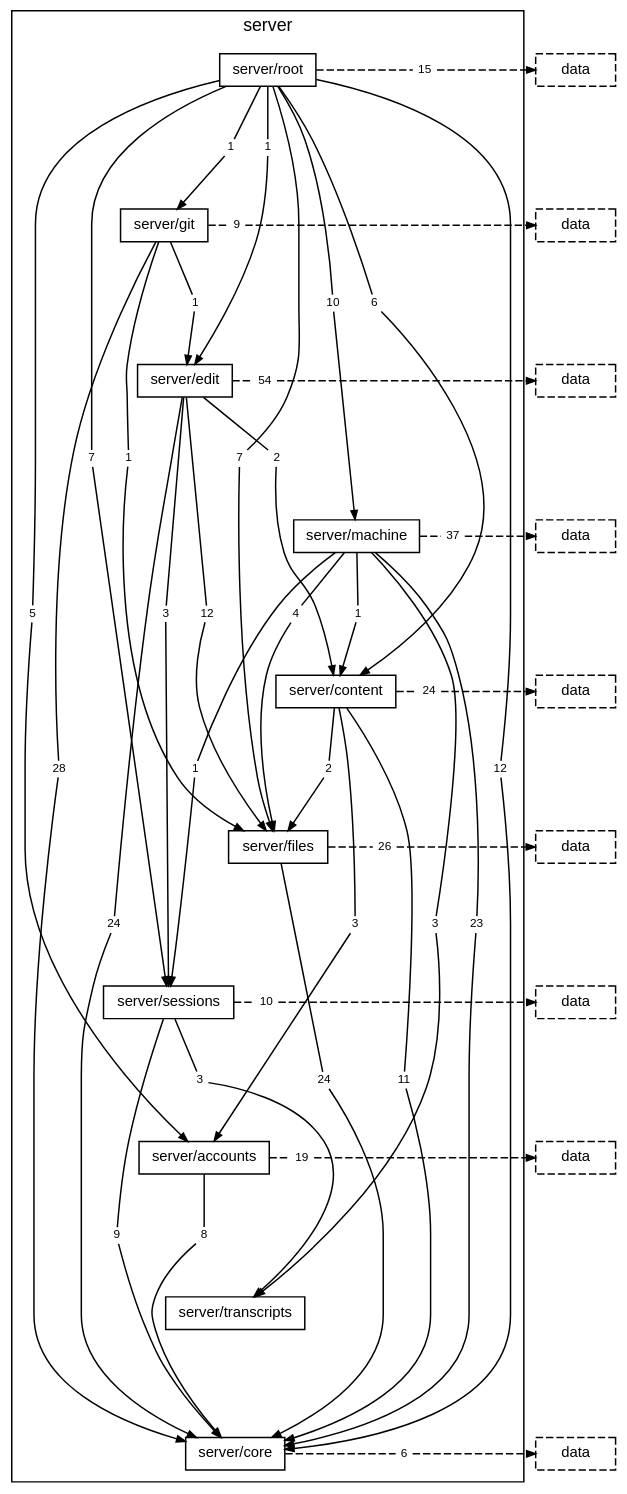
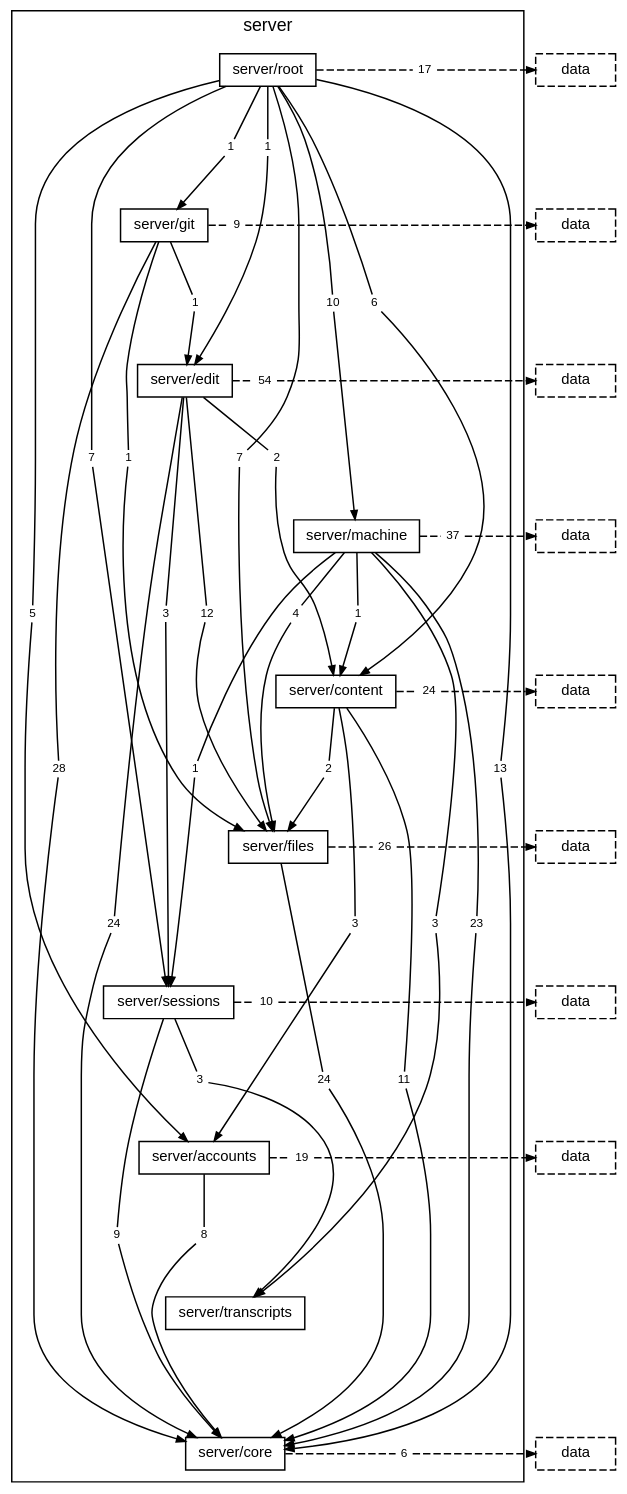
One commit to TheAxeC/oculus changed the diagram in docs/diagrams/layer-server.dot. Above: the diagram before and after it, drawn with Graphviz. The commit also changed 132 other files, not shown here.

```diff
--- a/docs/diagrams/layer-server.dot
+++ b/docs/diagrams/layer-server.dot
@@ -16,13 +16,13 @@
         "folder server/core" [label="server/core"];
         "folder server/root to folder server/accounts" [label="5", shape=box, color="transparent", fontsize=8, width=0, height=0, margin="0.04,0.02"];
         "folder server/root to folder server/content" [label="6", shape=box, color="transparent", fontsize=8, width=0, height=0, margin="0.04,0.02"];
-        "folder server/root to folder server/core" [label="12", shape=box, color="transparent", fontsize=8, width=0, height=0, margin="0.04,0.02"];
+        "folder server/root to folder server/core" [label="13", shape=box, color="transparent", fontsize=8, width=0, height=0, margin="0.04,0.02"];
         "folder server/root to folder server/edit" [label="1", shape=box, color="transparent", fontsize=8, width=0, height=0, margin="0.04,0.02"];
         "folder server/root to folder server/files" [label="7", shape=box, color="transparent", fontsize=8, width=0, height=0, margin="0.04,0.02"];
         "folder server/root to folder server/git" [label="1", shape=box, color="transparent", fontsize=8, width=0, height=0, margin="0.04,0.02"];
         "folder server/root to folder server/machine" [label="10", shape=box, color="transparent", fontsize=8, width=0, height=0, margin="0.04,0.02"];
         "folder server/root to folder server/sessions" [label="7", shape=box, color="transparent", fontsize=8, width=0, height=0, margin="0.04,0.02"];
-        "folder server/root to layer data" [label="15", shape=box, color="transparent", fontsize=8, width=0, height=0, margin="0.04,0.02"];
+        "folder server/root to layer data" [label="17", shape=box, color="transparent", fontsize=8, width=0, height=0, margin="0.04,0.02"];
         "folder server/git to folder server/core" [label="28", shape=box, color="transparent", fontsize=8, width=0, height=0, margin="0.04,0.02"];
         "folder server/git to folder server/edit" [label="1", shape=box, color="transparent", fontsize=8, width=0, height=0, margin="0.04,0.02"];
         "folder server/git to folder server/files" [label="1", shape=box, color="transparent", fontsize=8, width=0, height=0, margin="0.04,0.02"];
```
